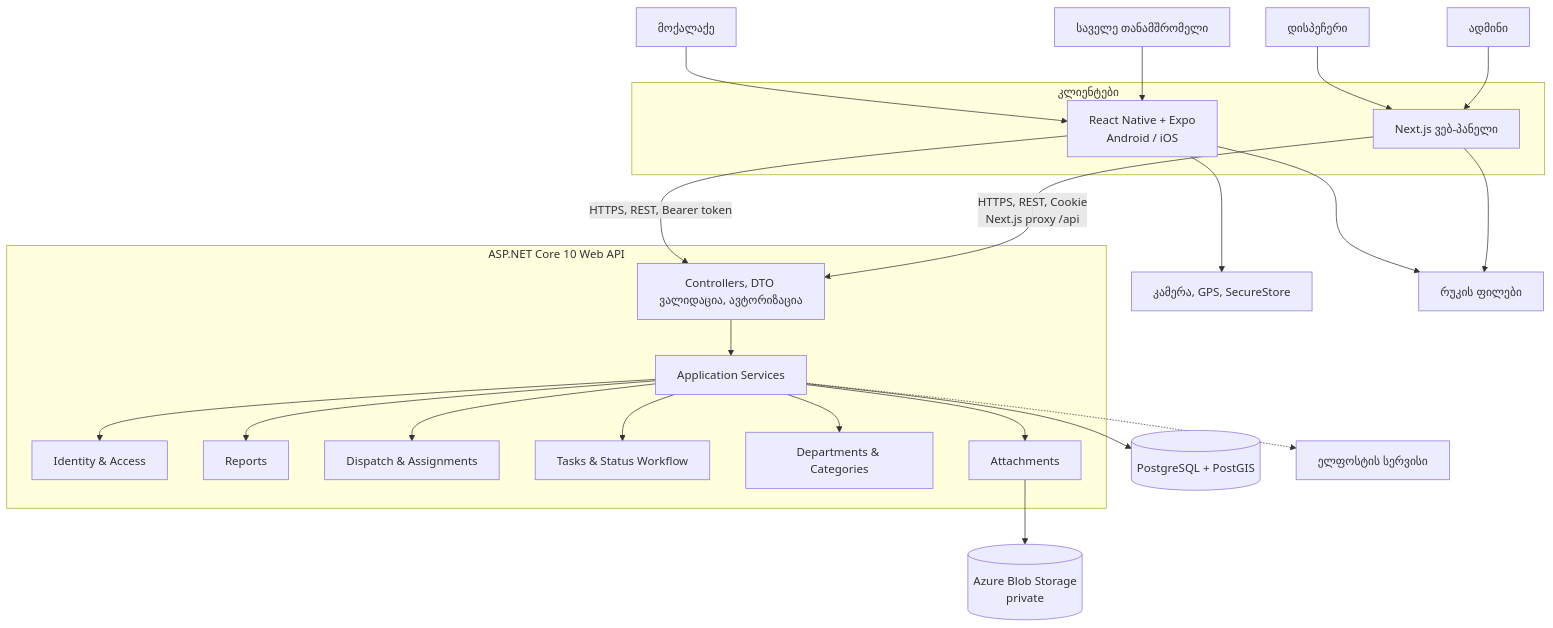
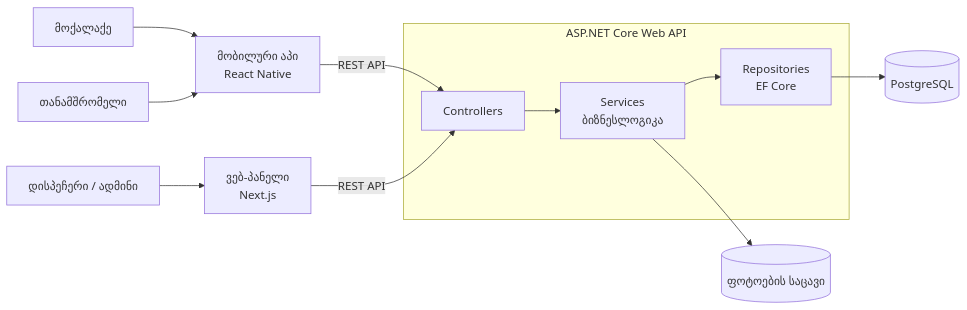
One commit to gigigiorgadze10/fixit changed the first of 2 diagrams in ARCHITECTURE.md. Above: the diagram before and after it, drawn with Mermaid. The commit also changed other lines of this file and 5 other files, not shown here.

````diff
--- a/ARCHITECTURE.md
+++ b/ARCHITECTURE.md
@@ -38,35 +15,17 @@
 ```mermaid
-flowchart TB
-    CIT[მოქალაქე] --> MOB
-    WRK[საველე თანამშრომელი] --> MOB
-    DSP[დისპეჩერი] --> WEB
-    ADM[ადმინი] --> WEB
+flowchart LR
+    CIT[მოქალაქე] --> MOB[მობილური აპი<br/>React Native]
+    WRK[თანამშრომელი] --> MOB
+    DSP[დისპეჩერი / ადმინი] --> WEB[ვებ-პანელი<br/>Next.js]
 
-    subgraph CLIENTS[კლიენტები]
-      MOB[React Native + Expo<br/>Android / iOS]
-      WEB[Next.js ვებ-პანელი]
+    MOB -->|REST API| API
+    WEB -->|REST API| API
+
+    subgraph SERVER[ASP.NET Core Web API]
+      API[Controllers] --> SVC[Services<br/>ბიზნესლოგიკა]
+      SVC --> REPO[Repositories<br/>EF Core]
     end
 
-    MOB -->|HTTPS, REST, Bearer token| API
-    WEB -->|HTTPS, REST, Cookie<br/>Next.js proxy /api| API
-
-    subgraph BACKEND[ASP.NET Core 10 Web API]
-      API[Controllers, DTO ვალიდაცია, ავტორიზაცია]
-      APP[Application Services]
-      ID[Identity & Access]
-      REP[Reports]
-      DIS[Dispatch & Assignments]
-      WF[Tasks & Status Workflow]
-      CAT[Departments & Categories]
-      ATT[Attachments]
-      API --> APP
-      APP --> ID & REP & DIS & WF & CAT & ATT
-    end
-
-    APP --> DB[(PostgreSQL + PostGIS)]
-    ATT --> BLOB[(Azure Blob Storage<br/>private)]
-    APP -.-> MAIL[ელფოსტის სერვისი]
-    MOB --> DEV[კამერა, GPS, SecureStore]
-    MOB --> MAP[რუკის ფილები]
-    WEB --> MAP
+    REPO --> DB[(PostgreSQL)]
+    SVC --> FILES[(ფოტოების საცავი)]
 ```
````
